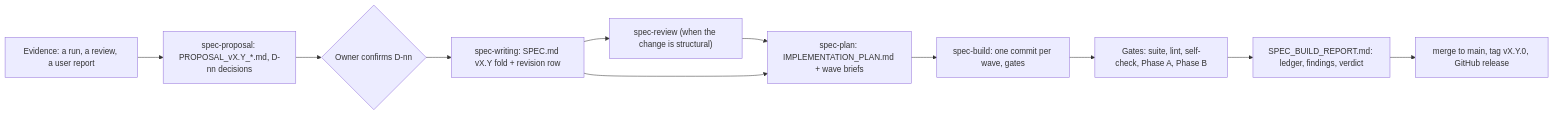
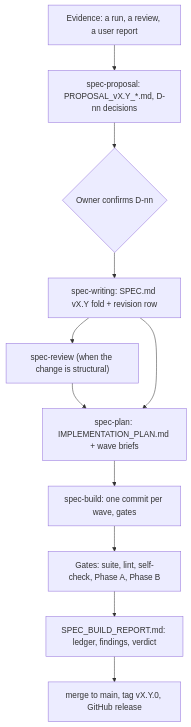
Before and after one commit to rioffe/speccheck: the diagram in docs/validation/DEVELOPMENT_PROCESS.md, drawn with Mermaid.

Commit message:
docs(validation): lay the lifecycle diagram out top to bottom
Left to right, the nine boxes shrank to unreadable text when rendered to PDF.

````diff
--- a/docs/validation/DEVELOPMENT_PROCESS.md
+++ b/docs/validation/DEVELOPMENT_PROCESS.md
@@ -24,13 +24,13 @@
 ```mermaid
-flowchart LR
+flowchart TD
   E["Evidence: a run, a review, a user report"] --> P["spec-proposal: PROPOSAL_vX.Y_*.md, D-nn decisions"]
   P --> O{"Owner confirms D-nn"}
   O --> W["spec-writing: SPEC.md vX.Y fold + revision row"]
   W --> R["spec-review (when the change is structural)"]
   R --> L["spec-plan: IMPLEMENTATION_PLAN.md + wave briefs"]
   W --> L
   L --> B["spec-build: one commit per wave, gates"]
   B --> G["Gates: suite, lint, self-check, Phase A, Phase B"]
   G --> D["SPEC_BUILD_REPORT.md: ledger, findings, verdict"]
   D --> M["merge to main, tag vX.Y.0, GitHub release"]
 ```
````
